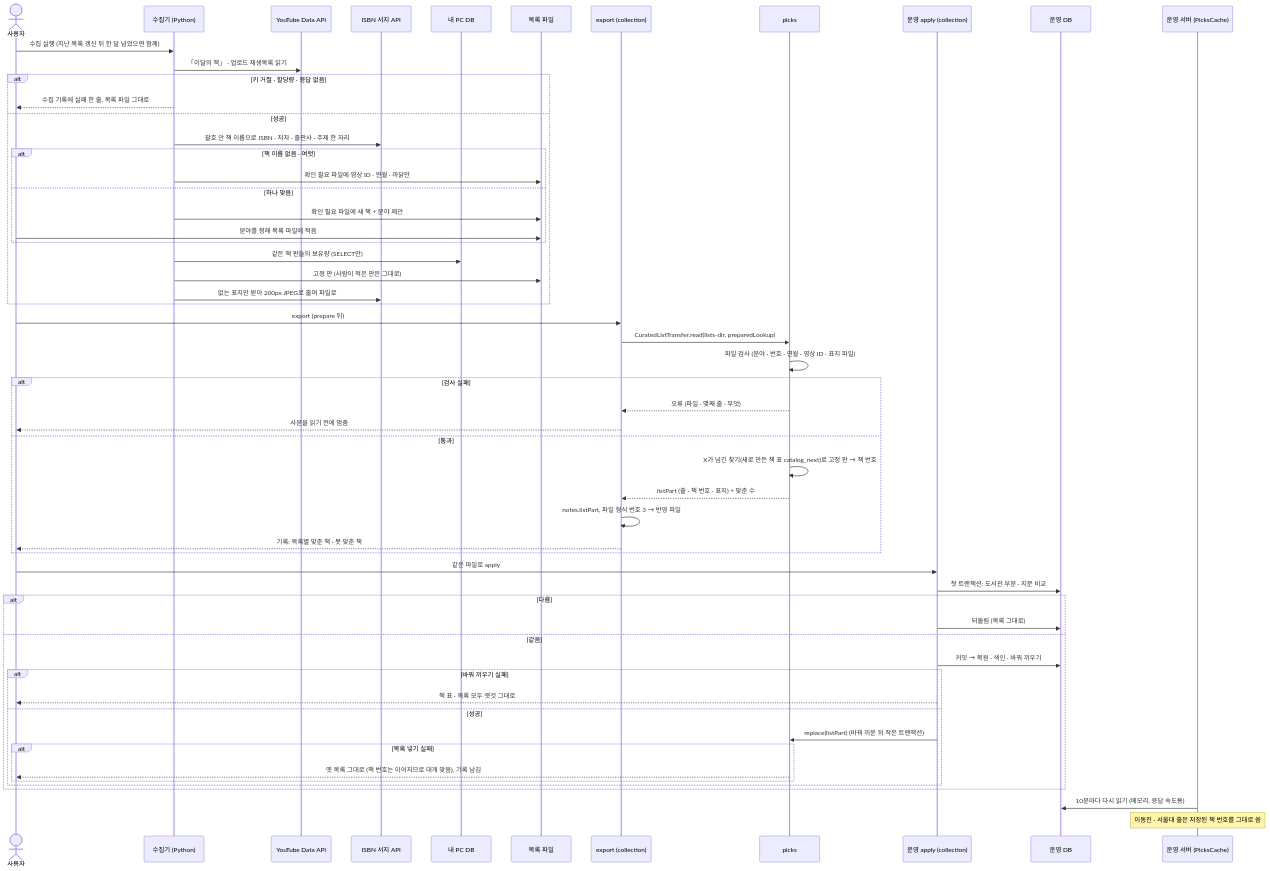
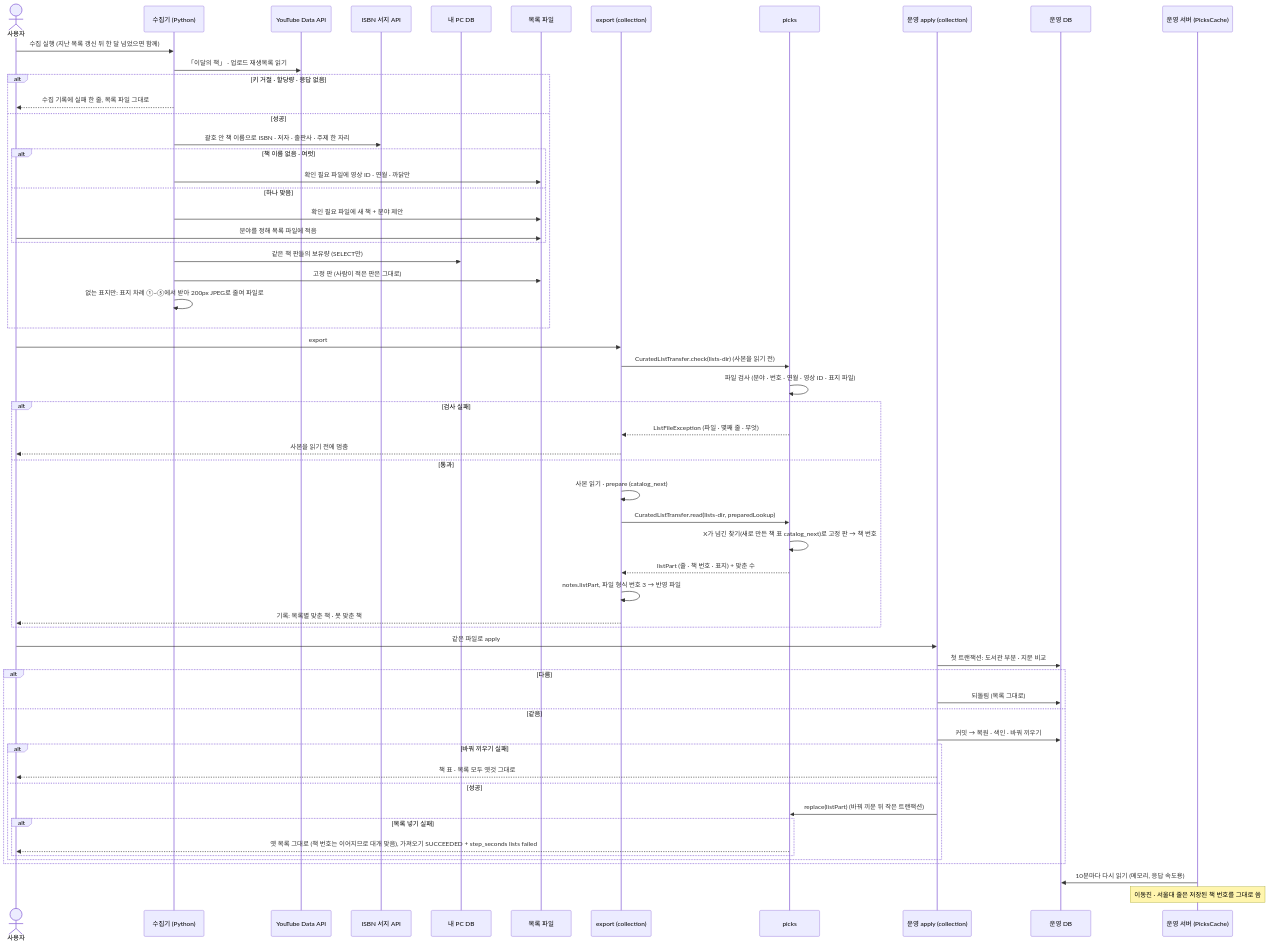
Diagram 52 of 57 in docs/current/flows.md (hodu-sketch/chaekcheck-plan), drawn with Mermaid before and after one commit. The commit also changed other lines of this file and 20 other files, not shown here.

````diff
--- a/docs/current/flows.md
+++ b/docs/current/flows.md
@@ -1609,59 +1614,61 @@
 ```mermaid
 sequenceDiagram
   actor U as 사용자
   participant C as 수집기 (Python)
   participant YT as YouTube Data API
   participant NI as ISBN 서지 API
   participant PDB as 내 PC DB
   participant F as 목록 파일
   participant X as export (collection)
   participant PK as picks
   participant O as 운영 apply (collection)
   participant ODB as 운영 DB
   participant S as 운영 서버 (PicksCache)
   U->>C: 수집 실행 (지난 목록 갱신 뒤 한 달 넘었으면 함께)
   C->>YT: 「이달의 책」 · 업로드 재생목록 읽기
   alt 키 거절 · 할당량 · 응답 없음
     C-->>U: 수집 기록에 실패 한 줄, 목록 파일 그대로
   else 성공
     C->>NI: 괄호 안 책 이름으로 ISBN · 저자 · 출판사 · 주제 한 자리
     alt 책 이름 없음 · 여럿
       C->>F: 확인 필요 파일에 영상 ID · 연월 · 까닭만
     else 하나 맞음
       C->>F: 확인 필요 파일에 새 책 + 분야 제안
       U->>F: 분야를 정해 목록 파일에 적음
     end
     C->>PDB: 같은 책 판들의 보유량 (SELECT만)
     C->>F: 고정 판 (사람이 적은 판은 그대로)
-    C->>NI: 없는 표지만 받아 200px JPEG로 줄여 파일로
+    C->>C: 없는 표지만: 표지 차례 ①~⑤에서 받아 200px JPEG로 줄여 파일로
   end
-  U->>X: export (prepare 뒤)
-  X->>PK: CuratedListTransfer.read(lists-dir, preparedLookup)
+  U->>X: export
+  X->>PK: CuratedListTransfer.check(lists-dir) (사본을 읽기 전)
   PK->>PK: 파일 검사 (분야 · 번호 · 연월 · 영상 ID · 표지 파일)
   alt 검사 실패
-    PK-->>X: 오류 (파일 · 몇째 줄 · 무엇)
+    PK-->>X: ListFileException (파일 · 몇째 줄 · 무엇)
     X-->>U: 사본을 읽기 전에 멈춤
   else 통과
+    X->>X: 사본 읽기 · prepare (catalog_next)
+    X->>PK: CuratedListTransfer.read(lists-dir, preparedLookup)
     PK->>PK: X가 넘긴 찾기(새로 만든 책 표 catalog_next)로 고정 판 → 책 번호
     PK-->>X: listPart (줄 · 책 번호 · 표지) + 맞춘 수
     X->>X: notes.listPart, 파일 형식 번호 3 → 반영 파일
     X-->>U: 기록: 목록별 맞춘 책 · 못 맞춘 책
   end
   U->>O: 같은 파일로 apply
   O->>ODB: 첫 트랜잭션: 도서관 부분 · 지문 비교
   alt 다름
     O->>ODB: 되돌림 (목록 그대로)
   else 같음
     O->>ODB: 커밋 → 복원 · 색인 · 바꿔 끼우기
     alt 바꿔 끼우기 실패
       O-->>U: 책 표 · 목록 모두 옛것 그대로
     else 성공
       O->>PK: replace(listPart) (바꿔 끼운 뒤 작은 트랜잭션)
       alt 목록 넣기 실패
-        PK-->>U: 옛 목록 그대로 (책 번호는 이어지므로 대개 맞음), 기록 남김
+        PK-->>U: 옛 목록 그대로 (책 번호는 이어지므로 대개 맞음), 가져오기 SUCCEEDED + step_seconds lists failed
       end
     end
   end
   S->>ODB: 10분마다 다시 읽기 (메모리, 응답 속도용)
   Note over S: 이동진 · 서울대 줄은 저장된 책 번호를 그대로 씀
 ```
````
